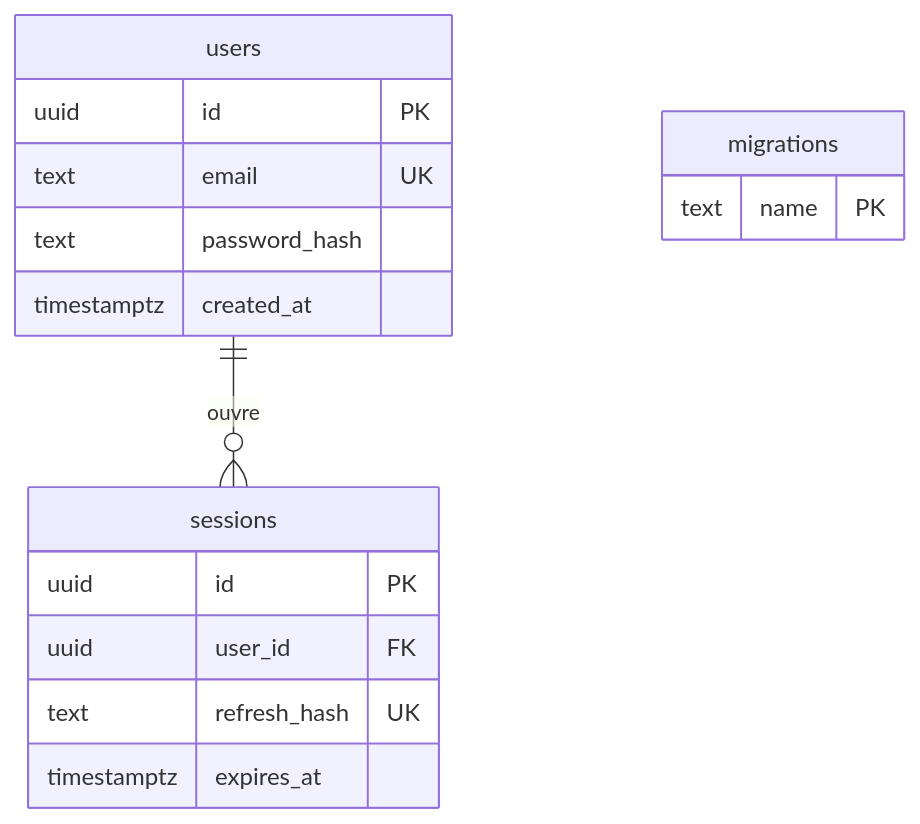
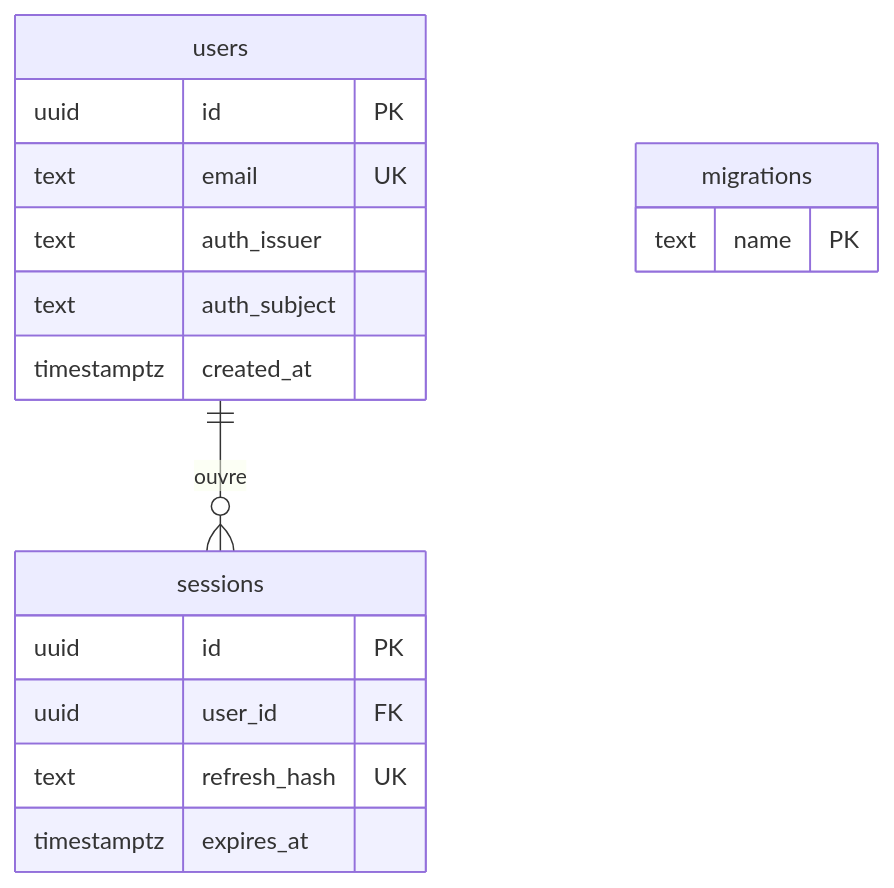
One commit to Mahkalix/PlateMate changed the first of 2 diagrams in docs/schema-mvp.md. Above: the diagram before and after it, drawn with Mermaid. The commit also changed 30 other files, not shown here.

````diff
--- a/docs/schema-mvp.md
+++ b/docs/schema-mvp.md
@@ -3,19 +3,20 @@
 ```mermaid
 erDiagram
  users ||--o{ sessions : ouvre
  sessions {
  uuid id PK
  uuid user_id FK
  text refresh_hash UK
  timestamptz expires_at
  }
  users { 
  uuid id PK
  text email UK
- text password_hash
+ text auth_issuer
+ text auth_subject
  timestamptz created_at
  }
  migrations {
  text name PK
  }
 ```
````
